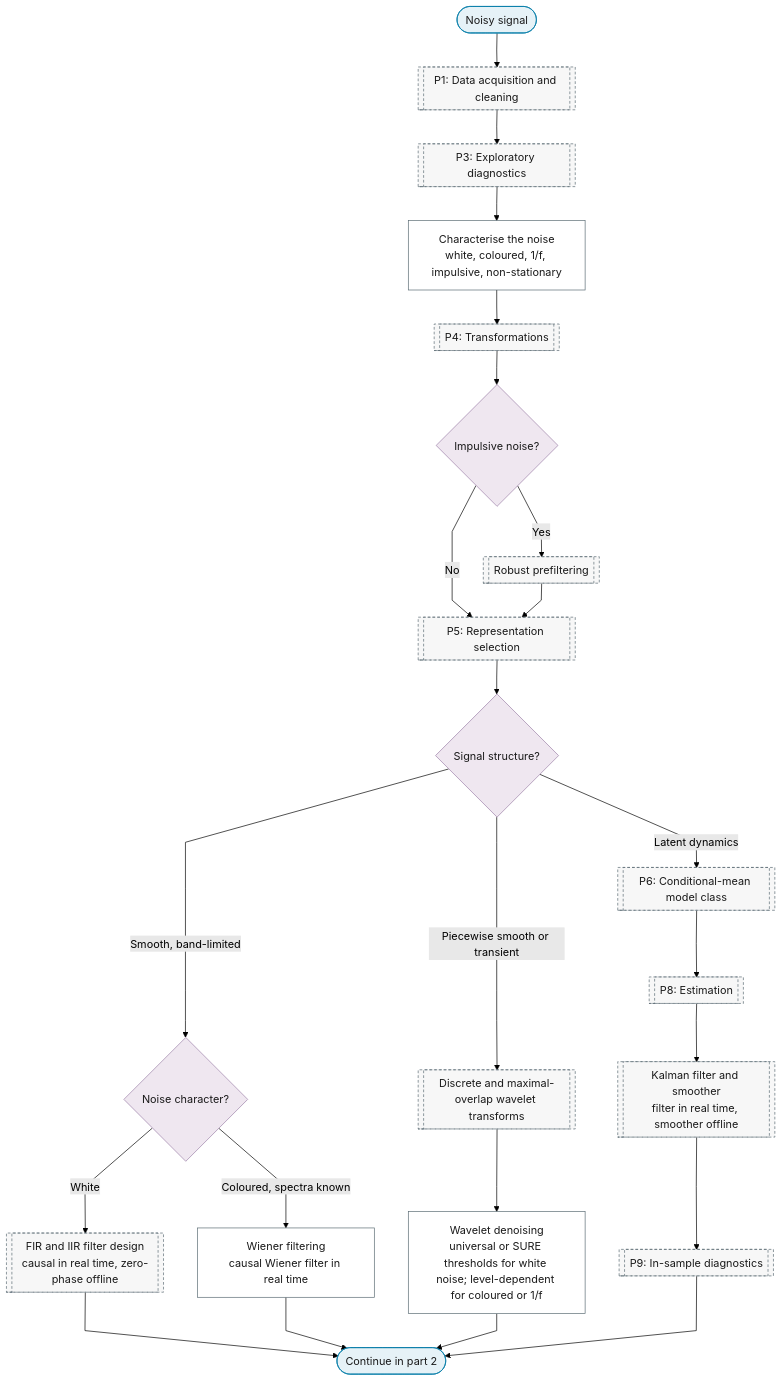
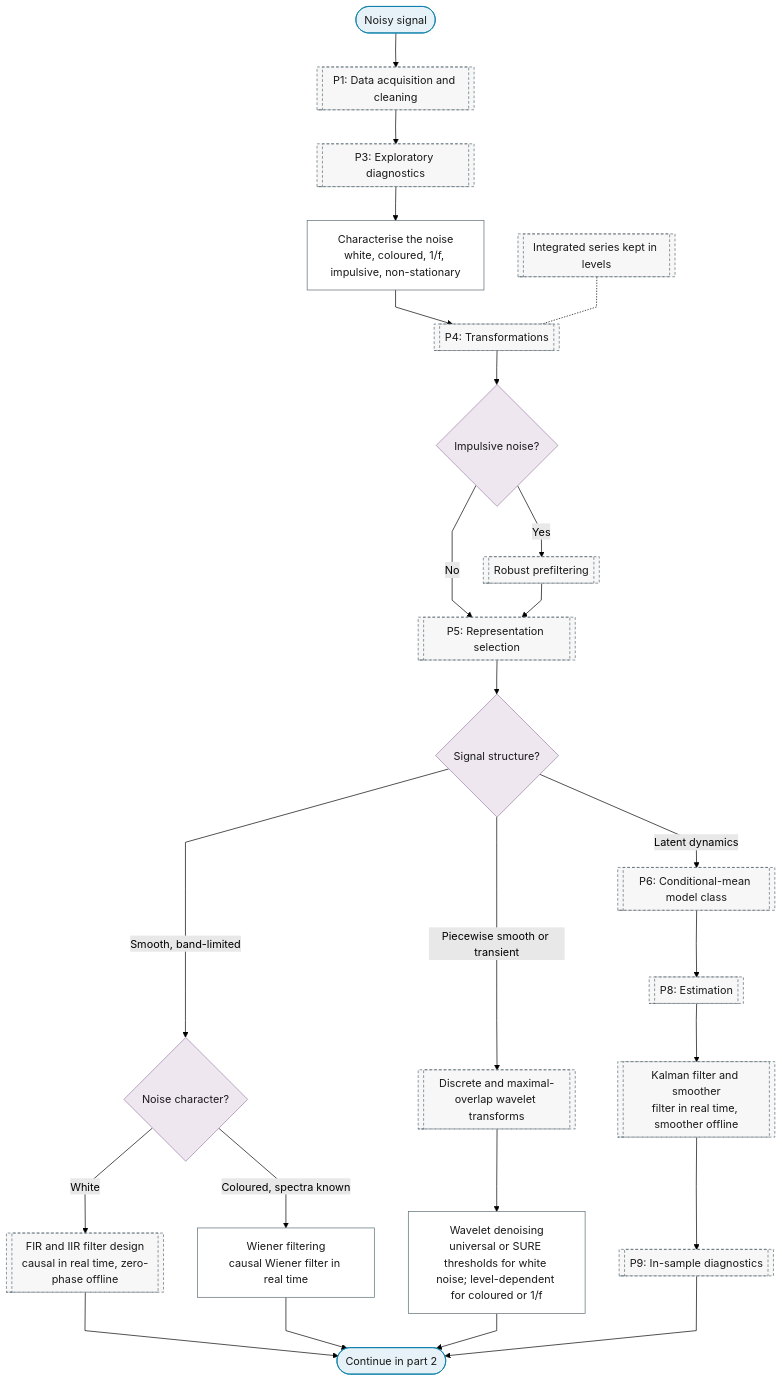
One commit to Shuxin-Y/time-series-analysis-manual changed the first of 2 diagrams in docs/01-workflow/p00-purpose/03-signal-extraction.md. Above: the diagram before and after it, drawn with Mermaid (forest theme). The commit also changed 6 other files, not shown here.

````diff
--- a/docs/01-workflow/p00-purpose/03-signal-extraction.md
+++ b/docs/01-workflow/p00-purpose/03-signal-extraction.md
@@ -9,35 +9,36 @@
 ```mermaid
 %%{init: {"flowchart": {"curve": "linear"}}}%%
 graph TD
     P0_SE_IN(["Noisy signal"]) --> P1[["P1: Data acquisition and cleaning"]]
     P1 --> P3[["P3: Exploratory diagnostics"]]
     P3 --> P0_SE_NOISE_TYPE["Characterise the noise<br/>white, coloured, 1/f, impulsive, non-stationary"]
     P0_SE_NOISE_TYPE --> P4[["P4: Transformations"]]
     P4 --> P0_SE_IMPULSIVE{"Impulsive noise?"}
+    P4_INTEGRATED_LEVELS[["Integrated series kept in levels"]] -.- P4
     P0_SE_IMPULSIVE -->|"Yes"| P4_ROBUST_PREFILTER[["Robust prefiltering"]]
     P0_SE_IMPULSIVE -->|"No"| P5
     P4_ROBUST_PREFILTER --> P5[["P5: Representation selection"]]
     P5 --> P0_SE_STRUCTURE{"Signal structure?"}
     P0_SE_STRUCTURE -->|"Smooth, band-limited"| P0_SE_COLOUR{"Noise character?"}
     P0_SE_STRUCTURE -->|"Piecewise smooth or transient"| P5_TF_DWT[["Discrete and maximal-overlap wavelet transforms"]]
     P0_SE_STRUCTURE -->|"Latent dynamics"| P6[["P6: Conditional-mean model class"]]
     P0_SE_COLOUR -->|"White"| P5_FD_FILTERS[["FIR and IIR filter design<br/>causal in real time, zero-phase offline"]]
     P0_SE_COLOUR -->|"Coloured, spectra known"| P0_SE_WIENER["Wiener filtering<br/>causal Wiener filter in real time"]
     P5_TF_DWT --> P0_SE_WAVELET_DENOISING["Wavelet denoising<br/>universal or SURE thresholds for white noise; level-dependent for coloured or 1/f"]
     P6 --> P8[["P8: Estimation"]]
     P8 --> P8_KALMAN[["Kalman filter and smoother<br/>filter in real time, smoother offline"]]
     P8_KALMAN --> P9[["P9: In-sample diagnostics"]]
     P5_FD_FILTERS & P0_SE_WIENER & P0_SE_WAVELET_DENOISING & P9 --> P0_SE_TO_PART_2(["Continue in part 2"])
     class P0_SE_IN,P0_SE_TO_PART_2 terminator
     class P0_SE_IMPULSIVE,P0_SE_STRUCTURE,P0_SE_COLOUR decision
     class P0_SE_NOISE_TYPE,P0_SE_WIENER,P0_SE_WAVELET_DENOISING process
-    class P1,P3,P4,P4_ROBUST_PREFILTER,P5,P5_TF_DWT,P6,P5_FD_FILTERS,P8,P8_KALMAN,P9 ref
+    class P1,P3,P4,P4_ROBUST_PREFILTER,P5,P5_TF_DWT,P6,P5_FD_FILTERS,P8,P8_KALMAN,P9,P4_INTEGRATED_LEVELS ref
     classDef terminator fill:#E6F2F7,stroke:#007BA7,color:#1A1A1A;
     classDef process fill:#FFFFFF,stroke:#5A6B73,color:#1A1A1A;
     classDef decision fill:#EFE7F0,stroke:#9B7FA7,color:#1A1A1A;
     classDef data fill:#FFF4E0,stroke:#C9A55E,color:#1A1A1A;
     classDef good fill:#DCEFD8,stroke:#4A7A3F,color:#1A1A1A;
     classDef escalate fill:#FFE9C2,stroke:#C9A55E,color:#1A1A1A;
     classDef problem fill:#F2D9DE,stroke:#800020,color:#1A1A1A;
     classDef ref fill:#F7F7F7,stroke:#5A6B73,color:#1A1A1A,stroke-dasharray:4 3;
 ```
````
